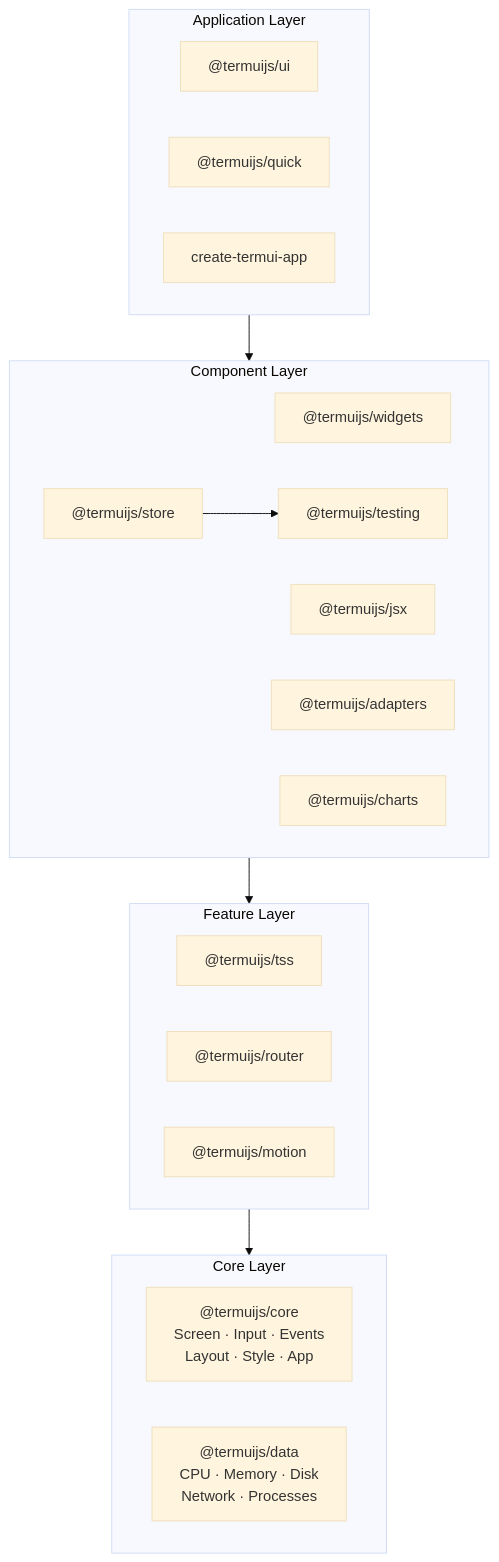
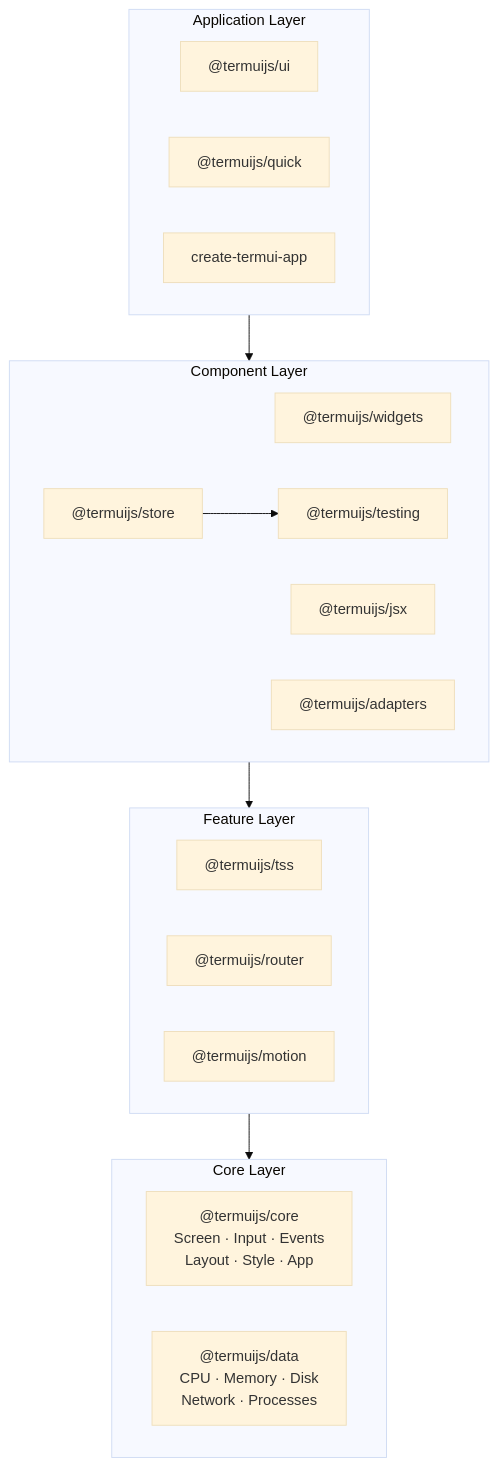
One commit to Karanjot786/TermUI_Docs changed the diagram in public/docs/getting-started/architecture.md. Above: the diagram before and after it, drawn with Mermaid (base theme). The commit also changed other lines of this file and 74 other files, not shown here.

````diff
--- a/public/docs/getting-started/architecture.md
+++ b/public/docs/getting-started/architecture.md
@@ -13,29 +13,28 @@
 ```mermaid
 graph TB
   subgraph L0["Application Layer"]
     ui["@termuijs/ui"]
     quick["@termuijs/quick"]
     create["create-termui-app"]
   end
   subgraph L1["Component Layer"]
     widgets["@termuijs/widgets"]
     jsx["@termuijs/jsx"]
     store["@termuijs/store"]
     testing["@termuijs/testing"]
     adapters["@termuijs/adapters"]
-    charts["@termuijs/charts"]
     store --> testing
   end
   subgraph L2["Feature Layer"]
     tss["@termuijs/tss"]
     router["@termuijs/router"]
     motion["@termuijs/motion"]
   end
   subgraph L3["Core Layer"]
     core["@termuijs/core\nScreen · Input · Events\nLayout · Style · App"]
     data["@termuijs/data\nCPU · Memory · Disk\nNetwork · Processes"]
   end
   L0 --> L1
   L1 --> L2
   L2 --> L3
 ```
````
